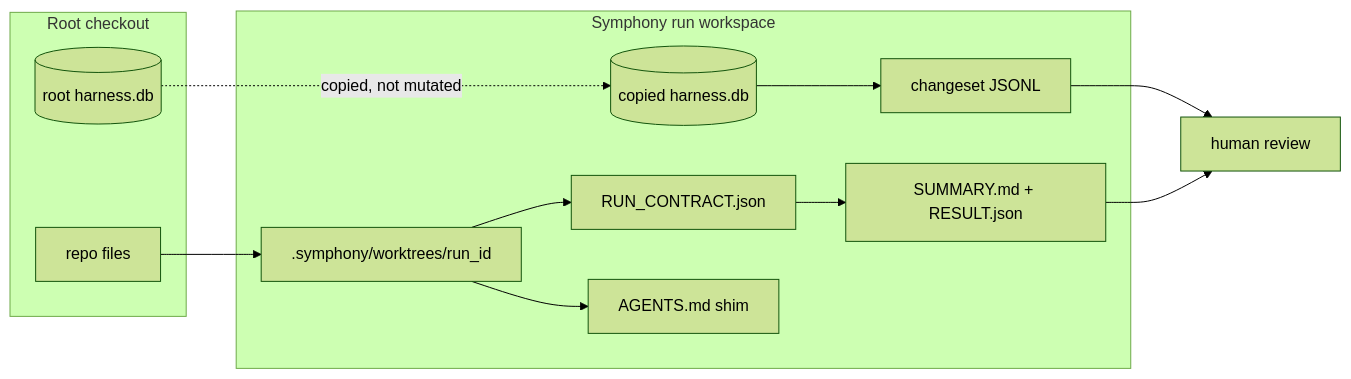
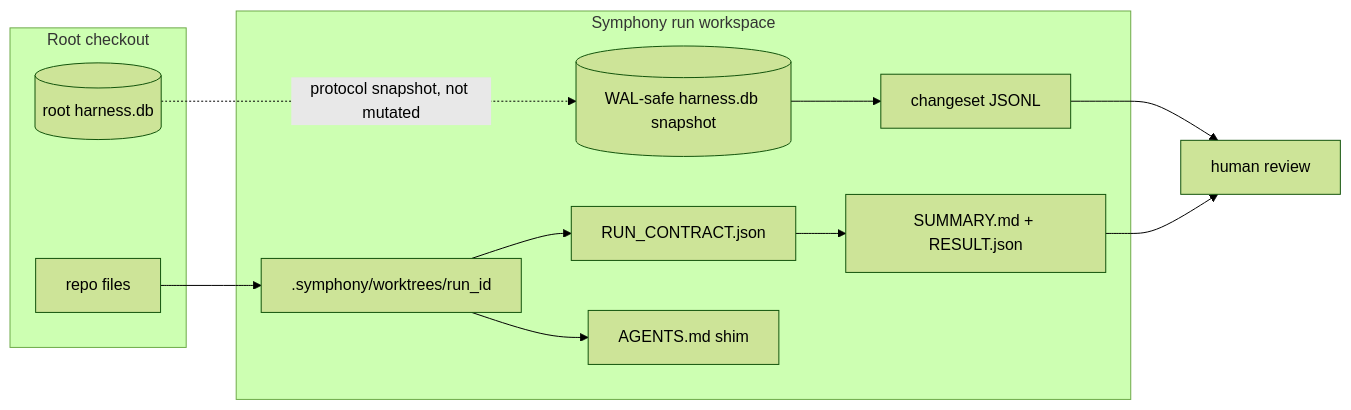
Before and after one commit to hoangnb24/symphony: the second of 2 diagrams in docs/SYMPHONY_QUICKSTART.md, drawn with Mermaid (forest theme). The commit also changed other lines of this file and 19 other files, not shown here.

Commit message:
feat(protocol): isolate Symphony behind Harness v1

````diff
--- a/docs/SYMPHONY_QUICKSTART.md
+++ b/docs/SYMPHONY_QUICKSTART.md
@@ -106,25 +107,25 @@
 ```mermaid
 flowchart LR
     subgraph Root[Root checkout]
         RDB[(root harness.db)]
         RCODE[repo files]
     end
 
     subgraph Run[Symphony run workspace]
         W[.symphony/worktrees/run_id]
-        CDB[(copied harness.db)]
+        CDB[(WAL-safe harness.db snapshot)]
         CONTRACT[RUN_CONTRACT.json]
         AGENTS[AGENTS.md shim]
         OUT[SUMMARY.md + RESULT.json]
         CHANGESET[changeset JSONL]
     end
 
-    RDB -. copied, not mutated .-> CDB
+    RDB -. protocol snapshot, not mutated .-> CDB
     RCODE --> W
     W --> CONTRACT
     W --> AGENTS
     CDB --> CHANGESET
     CONTRACT --> OUT
     OUT --> Review[human review]
     CHANGESET --> Review
 ```
````
